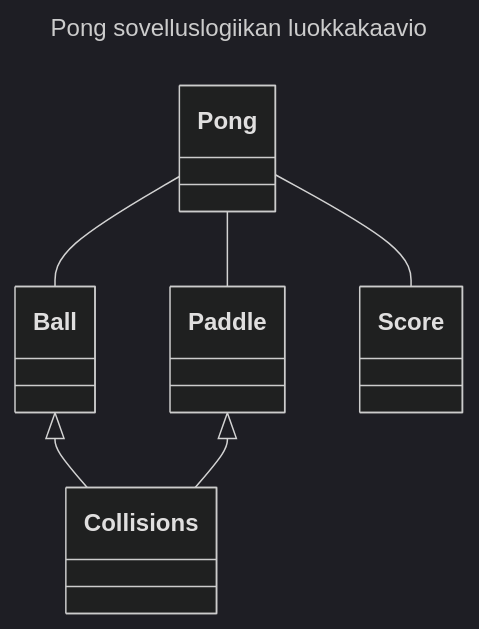
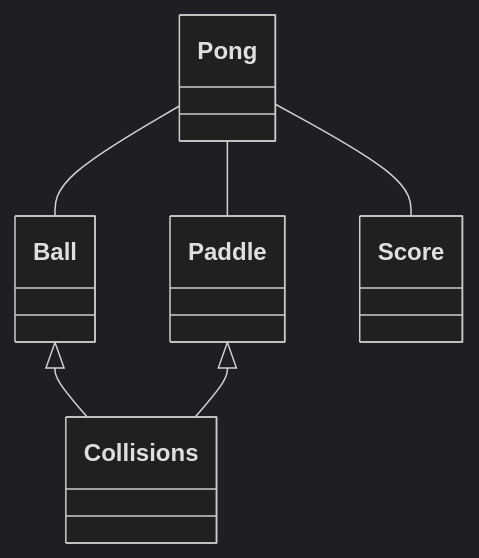
One commit to alannesanni/ot-harjoitustyo changed the first of 2 diagrams in dokumentaatio/arkkitehtuuri.md. Above: the diagram before and after it, drawn with Mermaid (dark theme). The commit also changed other lines of this file, not shown here.

````diff
--- a/dokumentaatio/arkkitehtuuri.md
+++ b/dokumentaatio/arkkitehtuuri.md
@@ -1,13 +4,10 @@
 ```mermaid
----
-title: Pong sovelluslogiikan luokkakaavio
----
 classDiagram
     Pong -- Paddle
     Pong -- Ball
     Pong -- Score
     Ball <|-- Collisions
     Paddle <|-- Collisions
 
 
 ```
````
